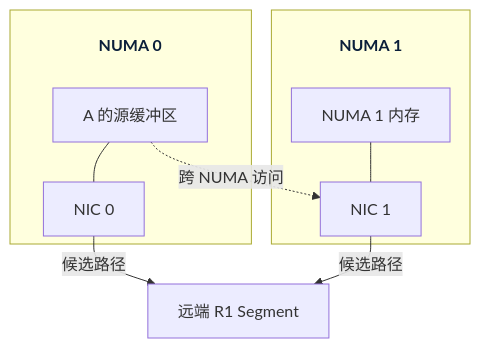
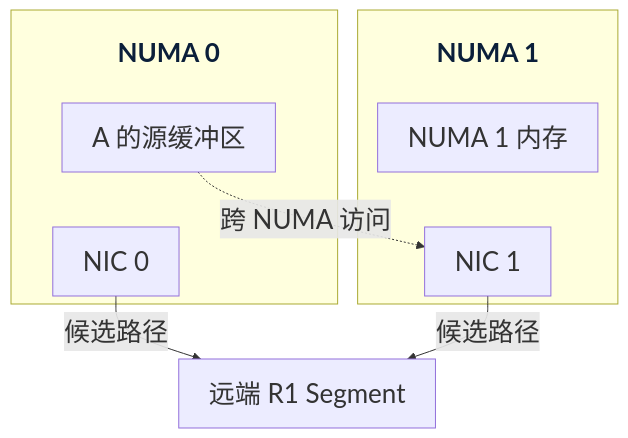
Before and after one commit to Hansyangxingxiang/Mooncake: the diagram in mooncake-kv-cache-series/wechat/08-multi-nic-numa.md, drawn with Mermaid. The commit also changed other lines of this file and 2 other files, not shown here.

Commit message:
[Docs] Fit WeChat NUMA topology figure for mobile
Increase the Mermaid label size and remove ambiguous in-group connectors so the NUMA ownership and candidate paths stay readable at 375px. Sync the published caption and rerender the PNG.

````diff
--- a/mooncake-kv-cache-series/wechat/08-multi-nic-numa.md
+++ b/mooncake-kv-cache-series/wechat/08-multi-nic-numa.md
@@ -17,24 +17,24 @@
 ```mermaid
-%%{init: {"flowchart": {"rankSpacing": 16, "nodeSpacing": 20}}}%%
+%%{init: {"themeVariables": {"fontSize": "26px"}, "flowchart": {"rankSpacing": 16, "nodeSpacing": 20}}}%%
 flowchart TB
     subgraph N0[" "]
         T0["NUMA 0"]
         M0["A 的源缓冲区"]
         H0["NIC 0"]
         T0 ~~~ M0
-        M0 --- H0
+        M0 ~~~ H0
     end
     subgraph N1[" "]
         T1["NUMA 1"]
         M1["NUMA 1 内存"]
         H1["NIC 1"]
         T1 ~~~ M1
-        M1 --- H1
+        M1 ~~~ H1
     end
     P["远端 R1 Segment"]
     M0 -.->|"跨 NUMA 访问"| H1
     H0 -->|"候选路径"| P
     H1 -->|"候选路径"| P
     style T0 fill:none,stroke:none,color:#0B1F3A,font-weight:bold
     style T1 fill:none,stroke:none,color:#0B1F3A,font-weight:bold
 ```
````
